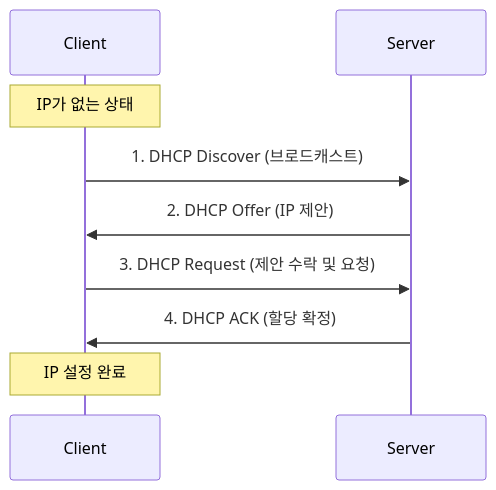
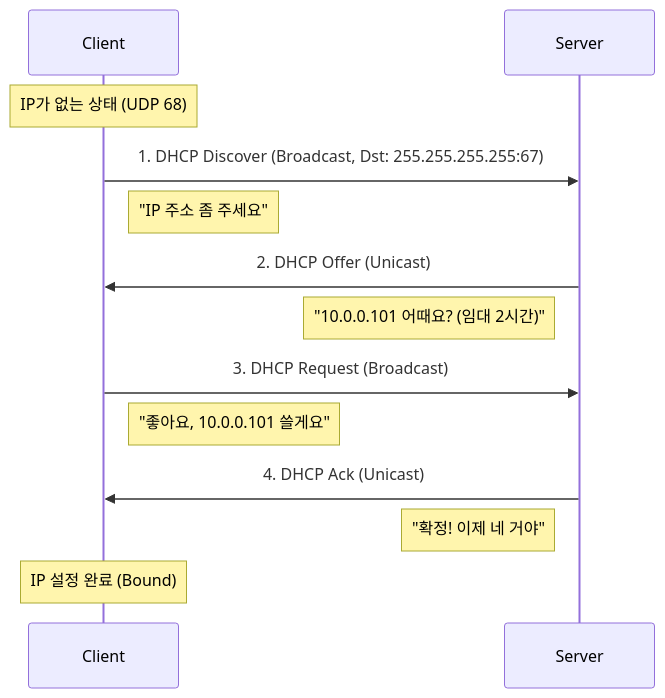
The diagram in _posts/linux/2025-10-17-DHCP_study.md (HamaPr/HamaPr.github.io), drawn with Mermaid before and after one commit. The commit also changed other lines of this file and 106 other files, not shown here.

````diff
--- a/_posts/linux/2025-10-17-DHCP_study.md
+++ b/_posts/linux/2025-10-17-DHCP_study.md
@@ -16,12 +16,20 @@
 ```mermaid
 sequenceDiagram
     participant Client
     participant Server
 
-    Note over Client: IP가 없는 상태
-    Client->>Server: 1. DHCP Discover (브로드캐스트)
-    Server->>Client: 2. DHCP Offer (IP 제안)
-    Client->>Server: 3. DHCP Request (제안 수락 및 요청)
-    Server->>Client: 4. DHCP ACK (할당 확정)
-    Note over Client: IP 설정 완료
+    Note over Client: IP가 없는 상태 (UDP 68)
+    Client->>Server: 1. DHCP Discover (Broadcast, Dst: 255.255.255.255:67)
+    Note right of Client: "IP 주소 좀 주세요"
+    
+    Server->>Client: 2. DHCP Offer (Unicast)
+    Note left of Server: "10.0.0.101 어때요? (임대 2시간)"
+    
+    Client->>Server: 3. DHCP Request (Broadcast)
+    Note right of Client: "좋아요, 10.0.0.101 쓸게요"
+    
+    Server->>Client: 4. DHCP Ack (Unicast)
+    Note left of Server: "확정! 이제 네 거야"
+    
+    Note over Client: IP 설정 완료 (Bound)
 ```
````
